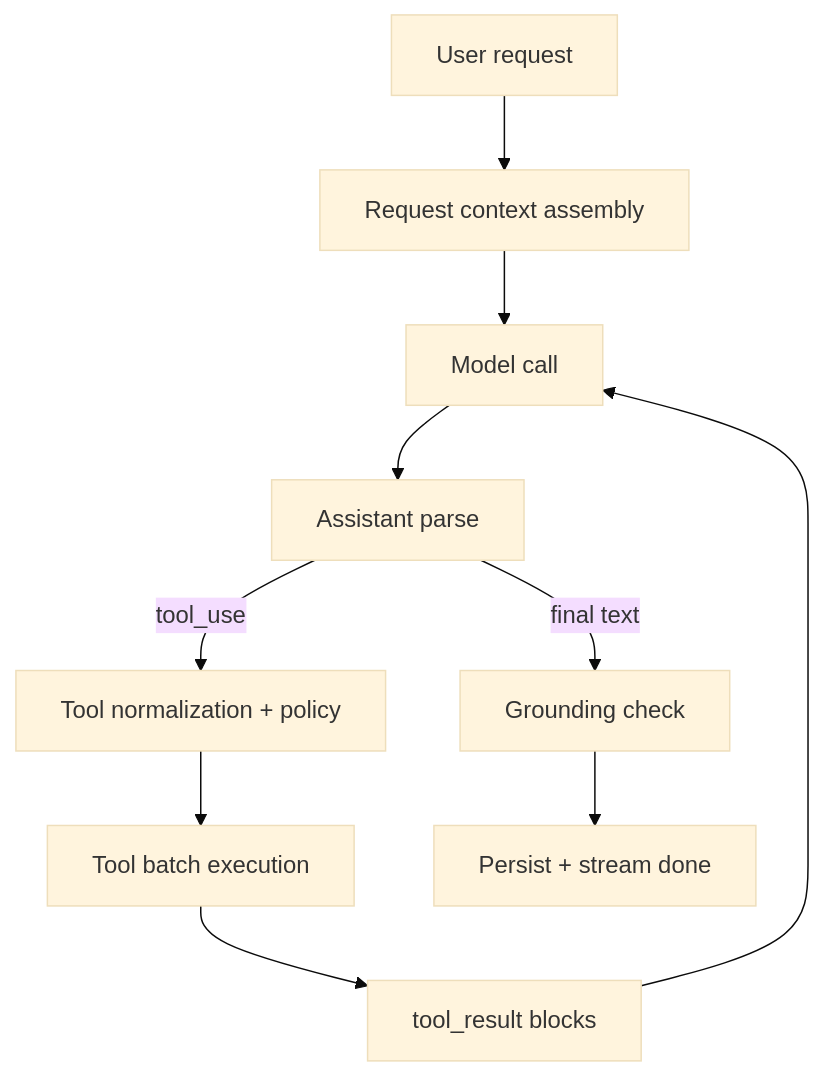
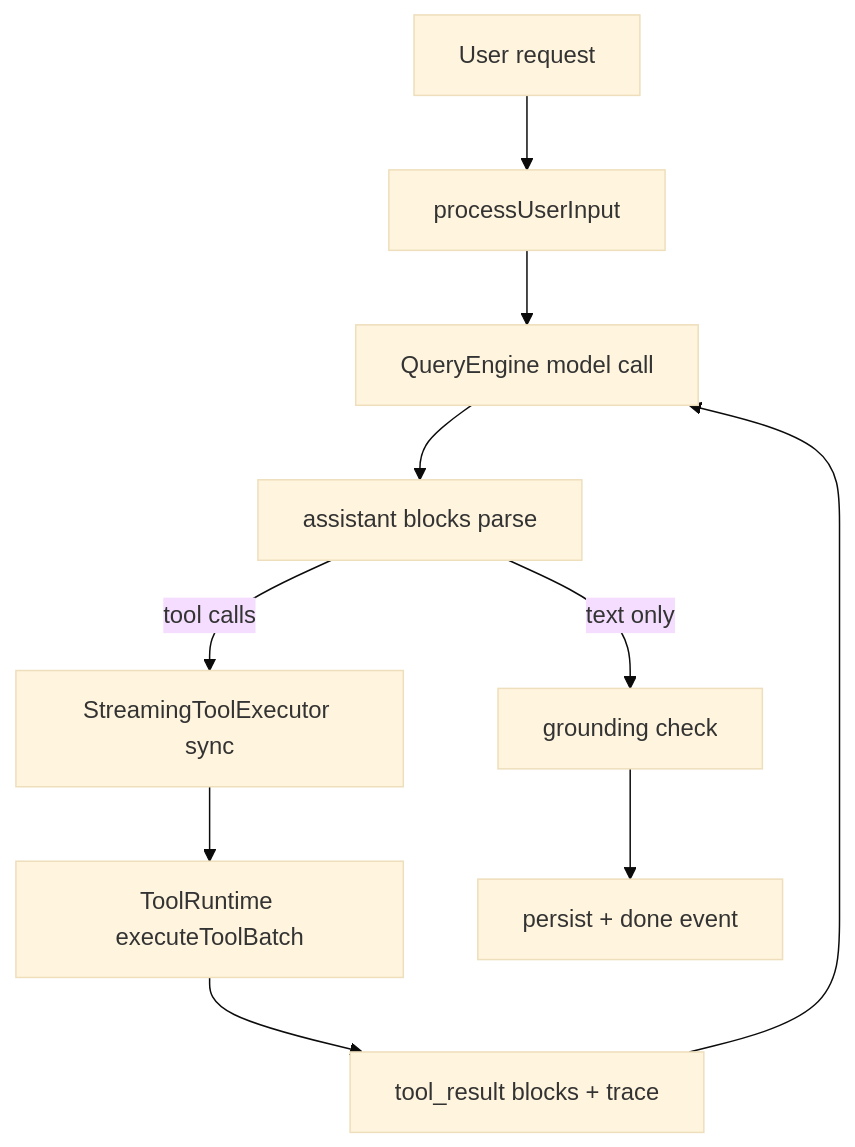
Before and after one commit to needitem/pixllm: the diagram in docs/02-design/desktop_layered_tool_loop_architecture.md, drawn with Mermaid (base theme). The commit also changed other lines of this file and 15 other files, not shown here.

````diff
--- a/docs/02-design/desktop_layered_tool_loop_architecture.md
+++ b/docs/02-design/desktop_layered_tool_loop_architecture.md
@@ -31,12 +33,12 @@
 ```mermaid
 flowchart TD
-    A["User request"] --> B["Request context assembly"]
-    B --> C["Model call"]
-    C --> D["Assistant parse"]
-    D -->|final text| E["Grounding check"]
-    D -->|tool_use| F["Tool normalization + policy"]
-    F --> G["Tool batch execution"]
-    G --> H["tool_result blocks"]
+    A["User request"] --> B["processUserInput"]
+    B --> C["QueryEngine model call"]
+    C --> D["assistant blocks parse"]
+    D -->|text only| E["grounding check"]
+    D -->|tool calls| F["StreamingToolExecutor sync"]
+    F --> G["ToolRuntime executeToolBatch"]
+    G --> H["tool_result blocks + trace"]
     H --> C
-    E --> I["Persist + stream done"]
+    E --> I["persist + done event"]
 ```
````
